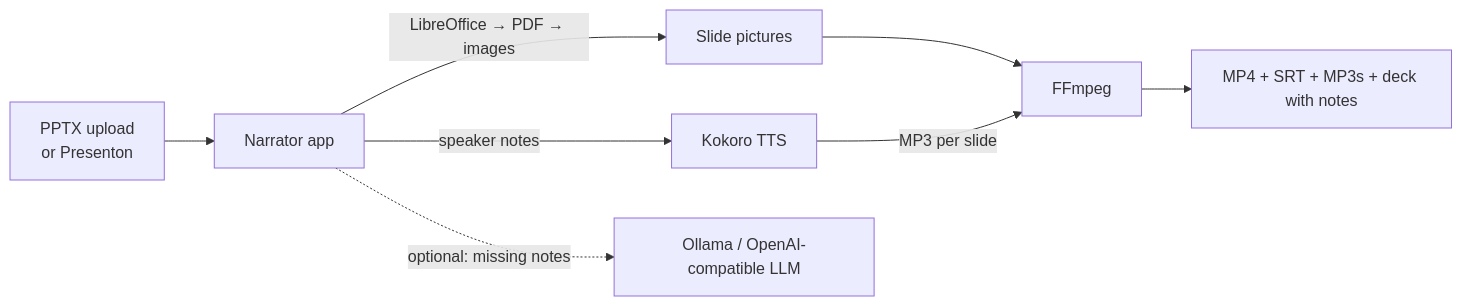
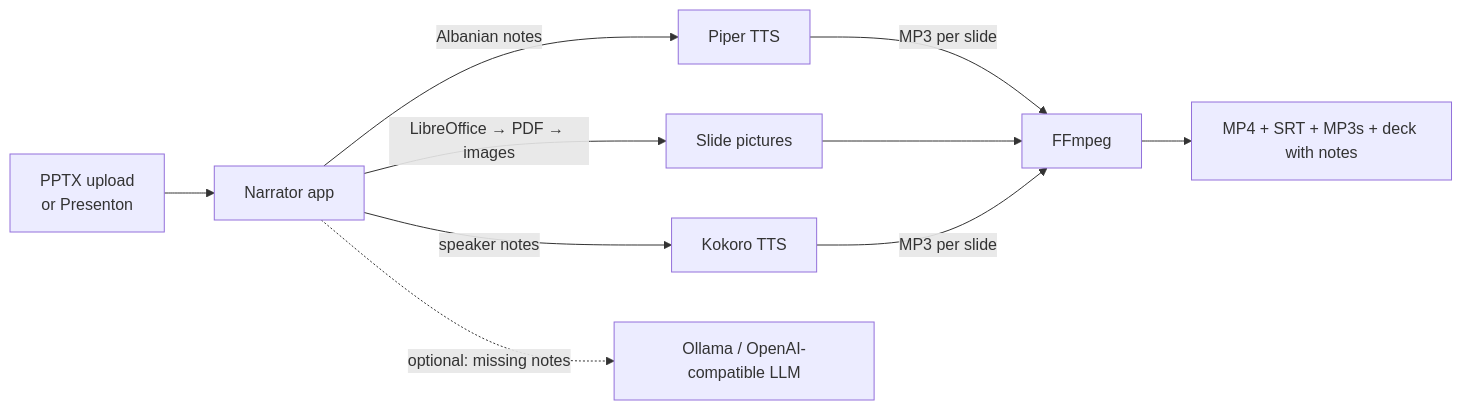
Before and after one commit to rrezartprebreza/narrated-slides: the diagram in README.md, drawn with Mermaid. The commit also changed other lines of this file and 29 other files, not shown here.

First line of the commit message:
Add Albanian voice via a local Piper service

````diff
--- a/README.md
+++ b/README.md
@@ -69,10 +70,12 @@
 ```mermaid
 flowchart LR
     A[PPTX upload<br/>or Presenton] --> B[Narrator app]
     B -->|LibreOffice → PDF → images| C[Slide pictures]
     B -->|speaker notes| D[Kokoro TTS]
+    B -->|Albanian notes| P[Piper TTS]
+    P -->|MP3 per slide| F
     B -.->|optional: missing notes| E[Ollama / OpenAI-compatible LLM]
     C --> F[FFmpeg]
     D -->|MP3 per slide| F
     F --> G[MP4 + SRT + MP3s + deck with notes]
 ```
````
